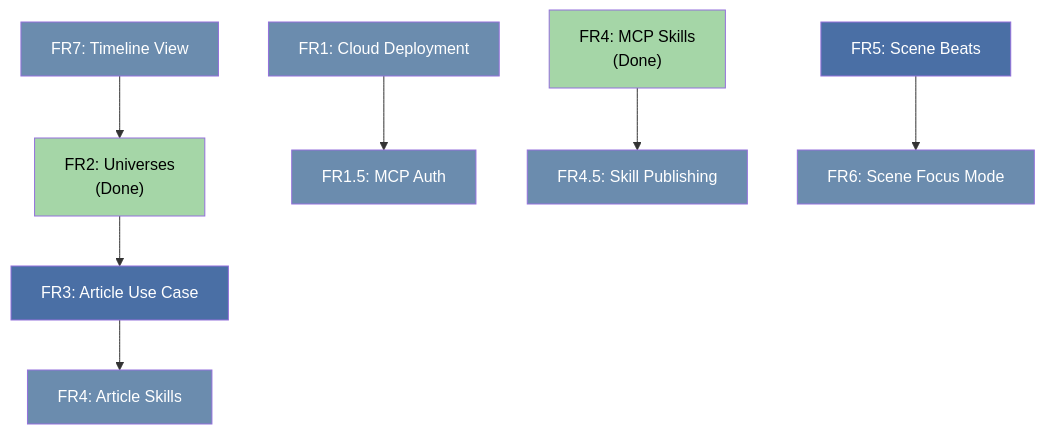
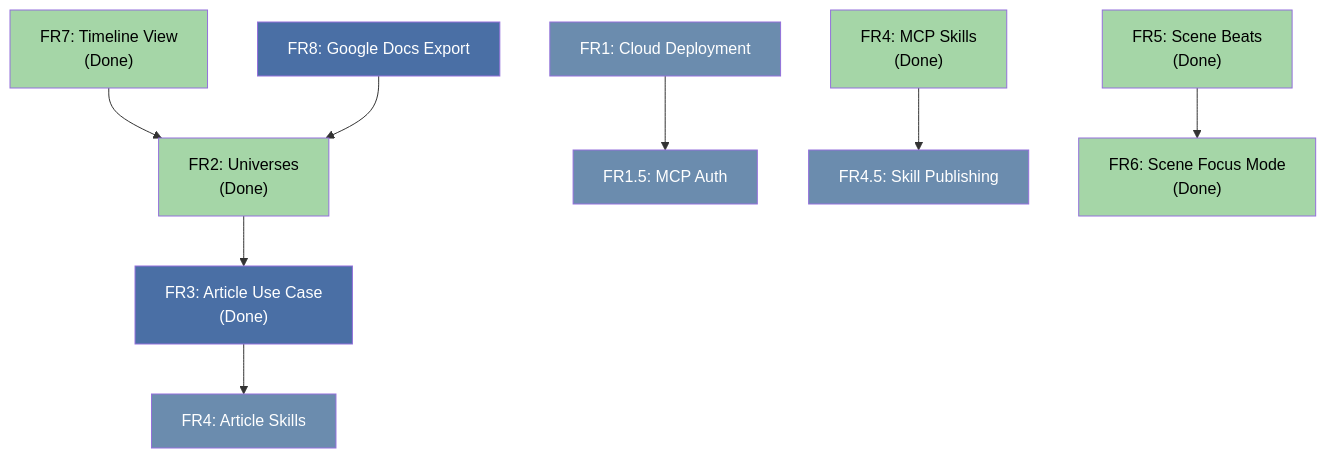
The diagram in docs/FUTURE_REQUIREMENTS.md (alexsiri7/word-coach-annie), drawn with Mermaid before and after one commit. The commit also changed other lines of this file and 15 other files, not shown here.

Commit message:
feat: Introduce project types (fiction, article collection, general) with dynamic UI labels and schema updates, and refactor docker startup.

````diff
--- a/docs/FUTURE_REQUIREMENTS.md
+++ b/docs/FUTURE_REQUIREMENTS.md
@@ -313,20 +468,22 @@
 ```mermaid
 graph TD
-    FR2["FR2: Universes<br/>(Done)"] --> FR3["FR3: Article Use Case"]
+    FR2["FR2: Universes<br/>(Done)"] --> FR3["FR3: Article Use Case<br/>(Done)"]
     FR1["FR1: Cloud Deployment"] --> FR1_MCP["FR1.5: MCP Auth"]
     FR4["FR4: MCP Skills<br/>(Done)"] --> FR4_PUB["FR4.5: Skill Publishing"]
     FR3 --> FR4_ARTICLE["FR4: Article Skills"]
-    FR5["FR5: Scene Beats"] --> FR6["FR6: Scene Focus Mode"]
-    FR7["FR7: Timeline View"] --> FR2
+    FR5["FR5: Scene Beats<br/>(Done)"] --> FR6["FR6: Scene Focus Mode<br/>(Done)"]
+    FR7["FR7: Timeline View<br/>(Done)"] --> FR2
+    FR8["FR8: Google Docs Export"] --> FR2
 
     style FR2 fill:#a5d6a7,color:#000
     style FR4 fill:#a5d6a7,color:#000
-    style FR5 fill:#4a6fa5,color:#fff
+    style FR5 fill:#a5d6a7,color:#000
     style FR3 fill:#4a6fa5,color:#fff
     style FR1 fill:#6b8cae,color:#fff
     style FR1_MCP fill:#6b8cae,color:#fff
     style FR4_PUB fill:#6b8cae,color:#fff
     style FR4_ARTICLE fill:#6b8cae,color:#fff
-    style FR6 fill:#6b8cae,color:#fff
-    style FR7 fill:#6b8cae,color:#fff
+    style FR6 fill:#a5d6a7,color:#000
+    style FR7 fill:#a5d6a7,color:#000
+    style FR8 fill:#4a6fa5,color:#fff
 ```
````
